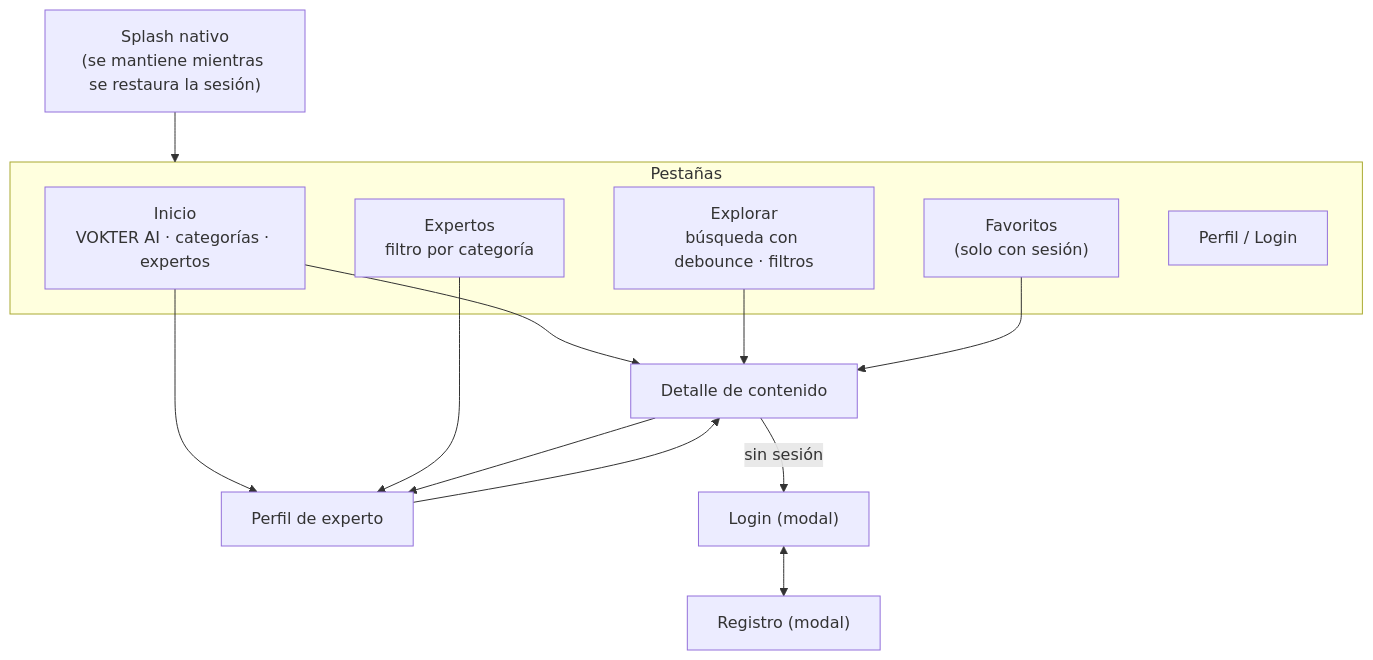
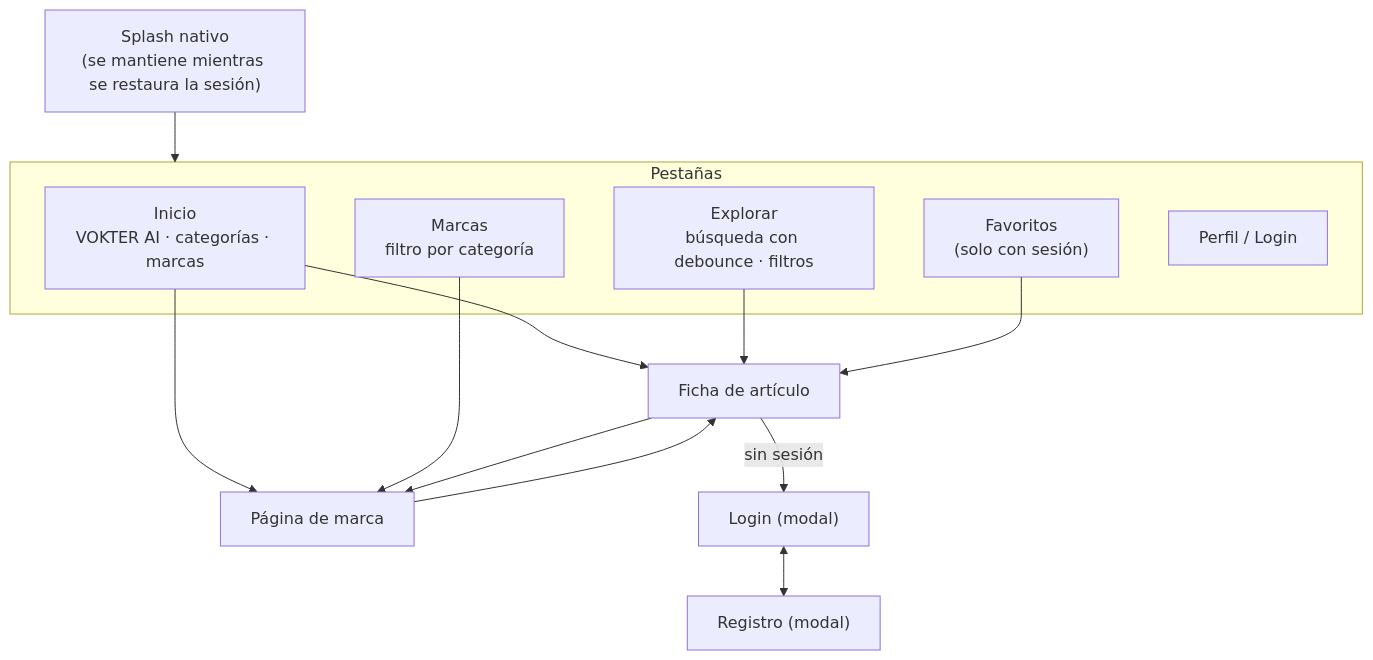
Before and after one commit to Brayabn/vokter: the second of 3 diagrams in docs/flows.md, drawn with Mermaid. The commit also changed 167 other files, not shown here.

````diff
--- a/docs/flows.md
+++ b/docs/flows.md
@@ -48,20 +48,20 @@
 ```mermaid
 flowchart TD
   Splash["Splash nativo<br/>(se mantiene mientras se restaura la sesión)"] --> Tabs
   subgraph Tabs["Pestañas"]
-    Inicio["Inicio<br/>VOKTER AI · categorías · expertos"]
+    Inicio["Inicio<br/>VOKTER AI · categorías · marcas"]
     Explorar["Explorar<br/>búsqueda con debounce · filtros"]
-    Expertos["Expertos<br/>filtro por categoría"]
+    Expertos["Marcas<br/>filtro por categoría"]
     Favoritos["Favoritos<br/>(solo con sesión)"]
     Perfil["Perfil / Login"]
   end
-  Inicio --> Detalle["Detalle de contenido"]
+  Inicio --> Detalle["Ficha de artículo"]
   Explorar --> Detalle
   Favoritos --> Detalle
-  Inicio --> PerfilExperto["Perfil de experto"]
+  Inicio --> PerfilExperto["Página de marca"]
   Expertos --> PerfilExperto
   Detalle --> PerfilExperto
   PerfilExperto --> Detalle
   Detalle -- "sin sesión" --> Login["Login (modal)"]
   Login <--> Registro["Registro (modal)"]
 ```
````
